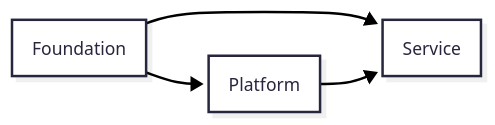
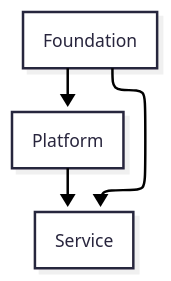
Before and after one commit to DeokJong/terraform-3-layer-architecture-specification: the first of 2 diagrams in terraform-3-layer-architecture-specification.md, drawn with Mermaid. The commit also changed other lines of this file and 17 other files, not shown here.

Commit message:
Standardize Mermaid TB and ELK usage across docs

````diff
--- a/terraform-3-layer-architecture-specification.md
+++ b/terraform-3-layer-architecture-specification.md
@@ -111,16 +114,16 @@
 ```mermaid
 ---
 config:
-  layout: fixed
+  layout: elk
   theme: redux
   look: neo
 ---
-flowchart LR
+flowchart TB
     F[Foundation]
     P[Platform]
     S[Service]
 
     F --> P
     F --> S
     P --> S
 ```
````
